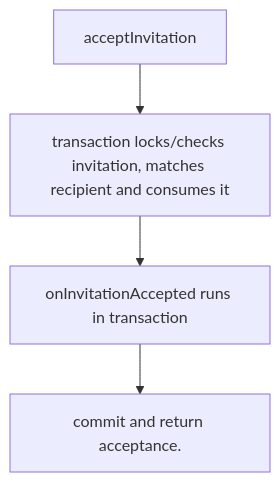
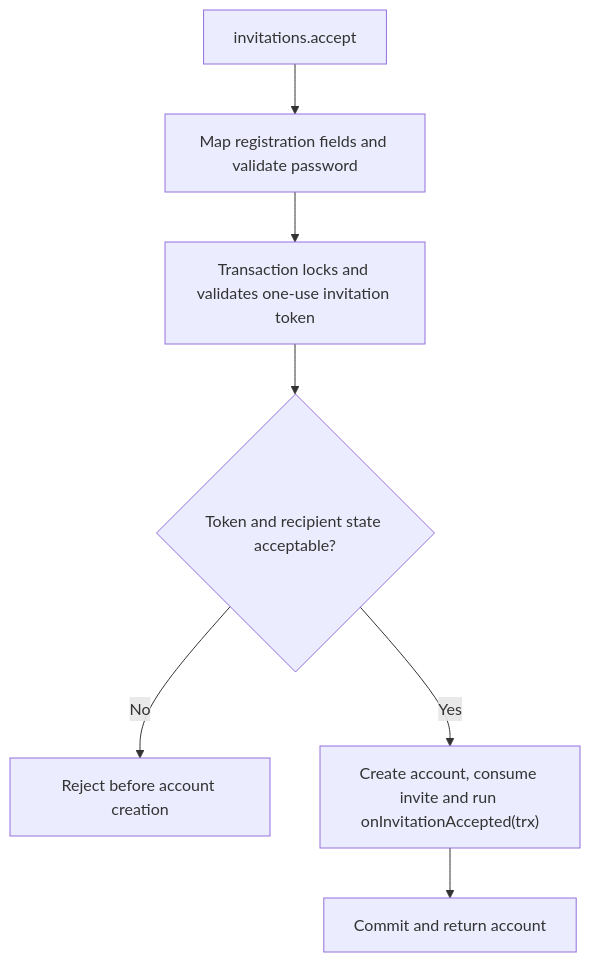
The second of 2 diagrams in user-stories/US-ACCOUNT-09-accept-invitation.md (Kevinjohn/oss-adonisjs-account-kit), drawn with Mermaid before and after one commit. The commit also changed other lines of this file and 17 other files, not shown here.

````diff
--- a/user-stories/US-ACCOUNT-09-accept-invitation.md
+++ b/user-stories/US-ACCOUNT-09-accept-invitation.md
@@ -35,10 +30,9 @@
 ```mermaid
 flowchart TD
-    C0["acceptInvitation"]
-    C1["transaction locks/checks invitation, matches recipient and consumes it"]
-    C0 --> C1
-    C2["onInvitationAccepted runs in transaction"]
-    C1 --> C2
-    C3["commit and return acceptance."]
-    C2 --> C3
+ A["invitations.accept"] --> B["Map registration fields and validate password"]
+ B --> C["Transaction locks and validates one-use invitation token"]
+ C --> D{"Token and recipient state acceptable?"}
+ D -->|No| E["Reject before account creation"]
+ D -->|Yes| F["Create account, consume invite and run onInvitationAccepted(trx)"]
+ F --> G["Commit and return account"]
 ```
````
